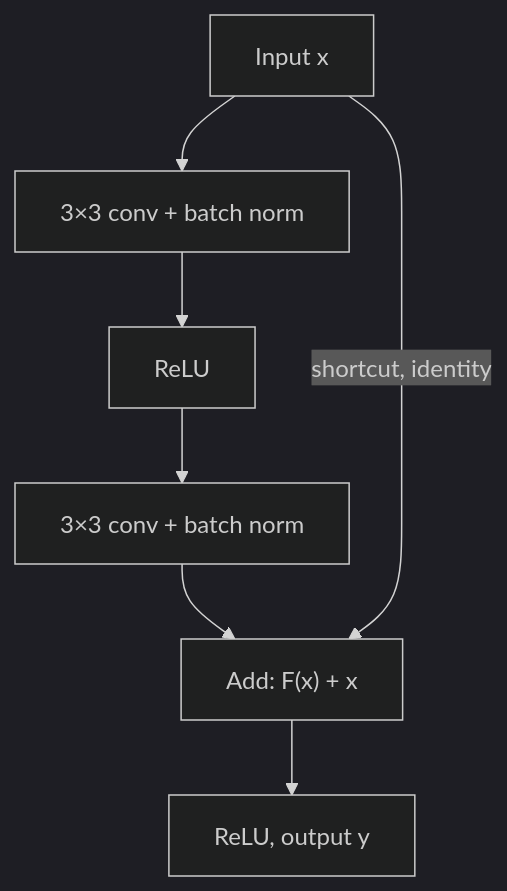
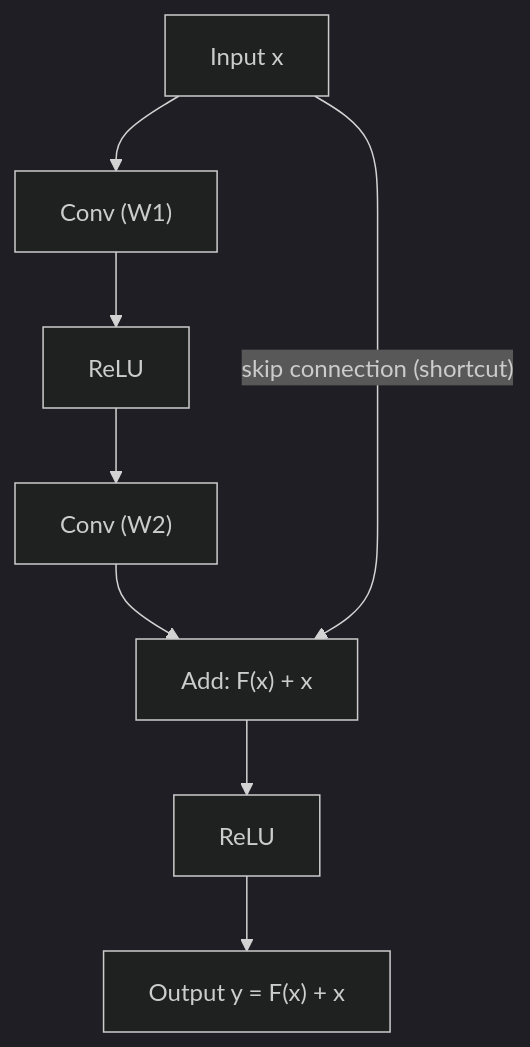
Before and after one commit to TrendySloth1001/sem-seven-notes: the fifth of 6 diagrams in content/deep-learning/notes/cnn-architectures.hi.mdx, drawn with Mermaid (dark theme). The commit also changed other lines of this file and 186 other files, not shown here.

````diff
--- a/content/deep-learning/notes/cnn-architectures.hi.mdx
+++ b/content/deep-learning/notes/cnn-architectures.hi.mdx
@@ -438,10 +549,11 @@
 ```mermaid
-%% caption: Ek residual block. Input x do weight layers se guzarke F(x) deta hai, aur shortcut pe seedha bhi jump karta hai. Dono add hote hain, phir ReLU se guzarte hain.
+%% caption: Residual block. Skip connection x ko do convolutions ke around le jaata hai aur wapas jod deta hai, isliye block ko sirf ye seekhna hai ki kya badalna hai.
 flowchart TD
-  X["Input x"] --> A["3×3 conv + batch norm"]
-  A --> B["ReLU"]
-  B --> C["3×3 conv + batch norm"]
-  C --> D["Add: F(x) + x"]
-  X -- "shortcut, identity" --> D
-  D --> E["ReLU, output y"]
+  X["Input x"] --> C1["Conv (W1)"]
+  C1 --> R1["ReLU"]
+  R1 --> C2["Conv (W2)"]
+  C2 --> ADD["Add: F(x) + x"]
+  X -->|"skip connection (shortcut)"| ADD
+  ADD --> R2["ReLU"]
+  R2 --> Y["Output y = F(x) + x"]
 ```
````
